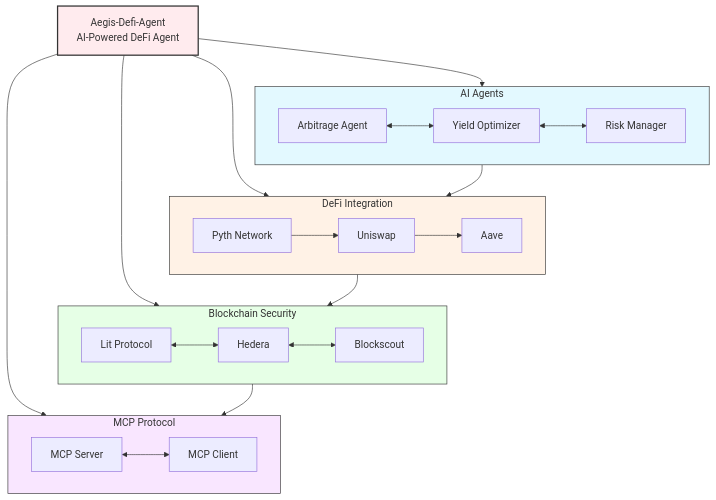
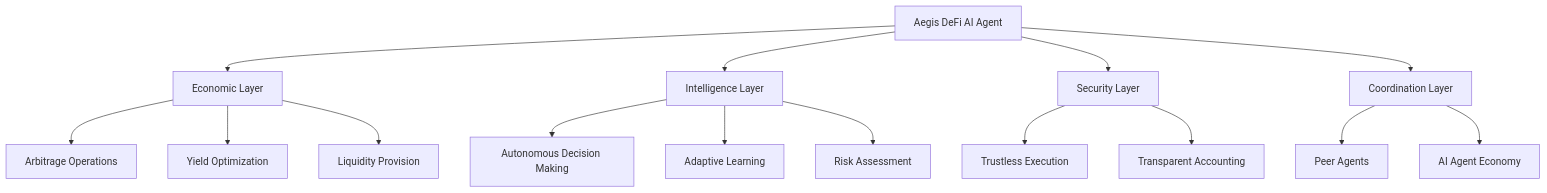
The diagram in README.md (BlockCraftsman/Aegis-Defi-Agent), drawn with Mermaid before and after one commit. The commit also changed other lines of this file, not shown here.

First line of the commit message:
feat: transform README to emphasize AI Agent Economy concept

````diff
--- a/README.md
+++ b/README.md
@@ -30,58 +128,21 @@
 ```mermaid
 graph TD
-    %% Aegis-Defi-Agent Architecture Diagram
-    AEGIS[Aegis-Defi-Agent\nAI-Powered DeFi Agent] --> AIAGENTS[AI Agents]
-    AEGIS --> DEFI[DeFi Integration]
-    AEGIS --> BLOCKCHAIN[Blockchain Security]
-    AEGIS --> MCP[MCP Protocol]
-
-    %% AI Agents Component
-    subgraph AIAGENTS[AI Agents]
-        direction LR
-        agent1[Arbitrage Agent]
-        agent2[Yield Optimizer]
-        agent3[Risk Manager]
-        agent1 <--> agent2
-        agent2 <--> agent3
-    end
-
-    %% DeFi Integration Component
-    subgraph DEFI[DeFi Integration]
-        direction LR
-        pyth[Pyth Network]
-        uniswap[Uniswap]
-        aave[Aave]
-        pyth --> uniswap
-        uniswap --> aave
-    end
-
-    %% Blockchain Security Component
-    subgraph BLOCKCHAIN[Blockchain Security]
-        direction LR
-        lit[Lit Protocol]
-        hedera[Hedera]
-        blockscout[Blockscout]
-        lit <--> hedera
-        hedera <--> blockscout
-    end
-
-    %% MCP Protocol Component
-    subgraph MCP[MCP Protocol]
-        direction LR
-        mcp_server[MCP Server]
-        mcp_client[MCP Client]
-        mcp_server <--> mcp_client
-    end
-
-    %% Connections
-    AIAGENTS --> DEFI
-    DEFI --> BLOCKCHAIN
-    BLOCKCHAIN --> MCP
-
-    %% Styling
-    style AEGIS fill:#ffebee,stroke:#333,stroke-width:2px
-    style AIAGENTS fill:#e3f9ff,stroke:#333
-    style DEFI fill:#fff2e6,stroke:#333
-    style BLOCKCHAIN fill:#e6ffe6,stroke:#333
-    style MCP fill:#f9e6ff,stroke:#333
+    AEGIS[Aegis DeFi AI Agent] --> ECON[Economic Layer]
+    AEGIS --> INTEL[Intelligence Layer]
+    AEGIS --> SEC[Security Layer]
+    AEGIS --> COORD[Coordination Layer]
+    
+    ECON --> ARB[Arbitrage Operations]
+    ECON --> YIELD[Yield Optimization]
+    ECON --> LIQ[Liquidity Provision]
+    
+    INTEL --> DECISION[Autonomous Decision Making]
+    INTEL --> LEARNING[Adaptive Learning]
+    INTEL --> RISK[Risk Assessment]
+    
+    SEC --> TRUSTLESS[Trustless Execution]
+    SEC --> AUDIT[Transparent Accounting]
+    
+    COORD --> PEERS[Peer Agents]
+    COORD --> ECOSYSTEM[AI Agent Economy]
 ```
````
